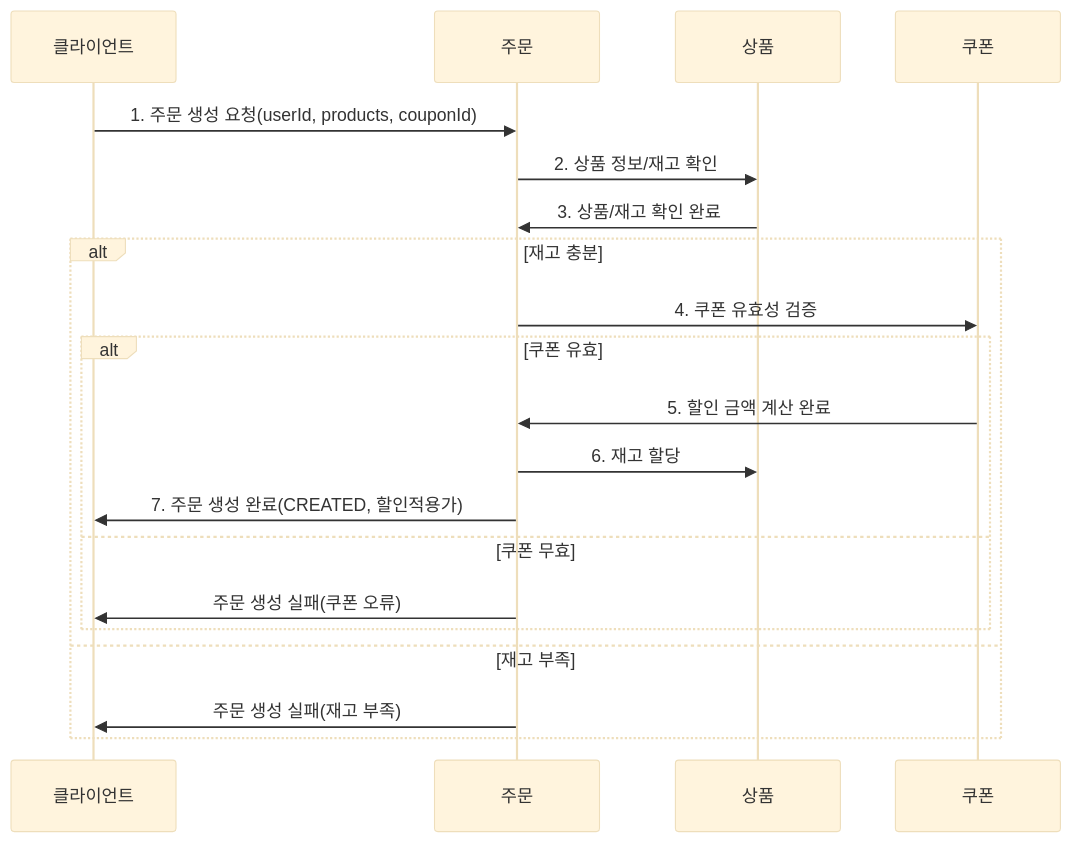
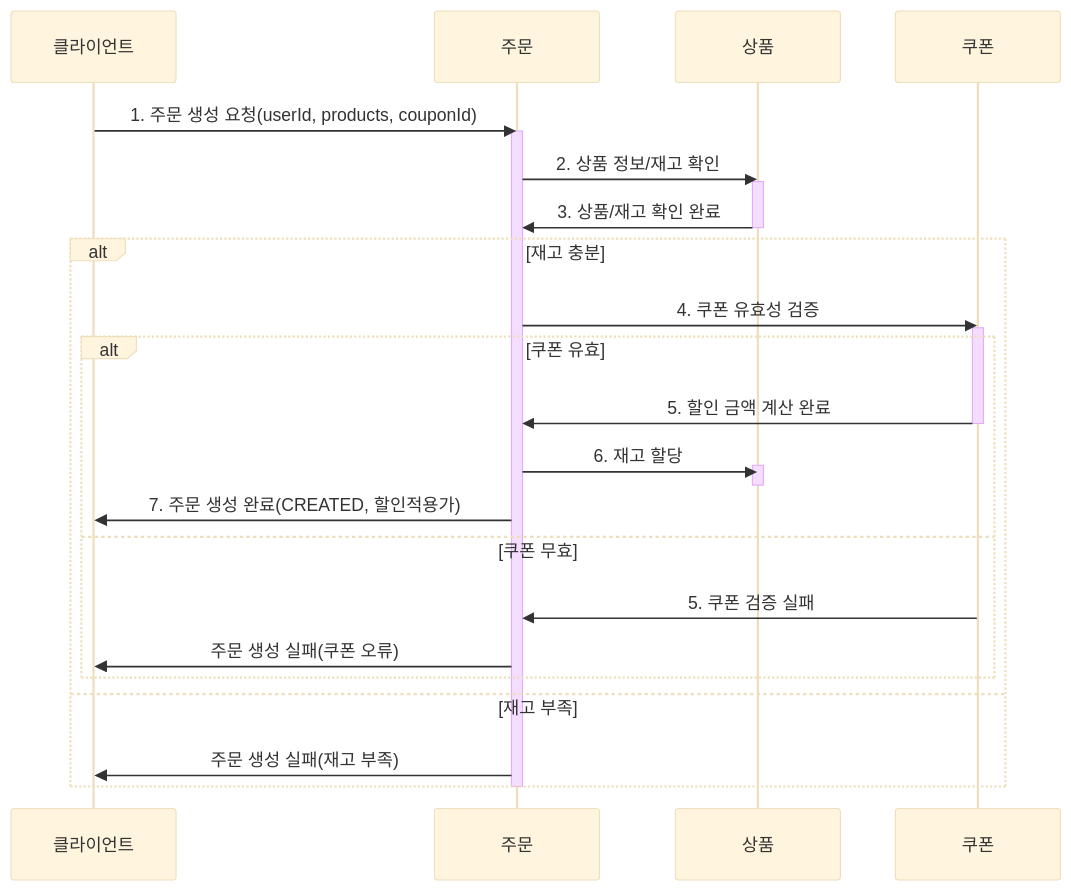
The fifth of 9 diagrams in README.md (ynyejn/e-commerce), drawn with Mermaid (base theme) before and after one commit. The commit also changed other lines of this file and 9 other files, not shown here.

````diff
--- a/README.md
+++ b/README.md
@@ -103,24 +114,34 @@
 ```mermaid
 sequenceDiagram
     participant Customer as 클라이언트
     participant OrderSystem as 주문
     participant ProductSystem as 상품
     participant CouponSystem as 쿠폰
-    
+
     Customer->>OrderSystem: 1. 주문 생성 요청(userId, products, couponId)
+    activate OrderSystem
+
     OrderSystem->>ProductSystem: 2. 상품 정보/재고 확인
+    activate ProductSystem
     ProductSystem->>OrderSystem: 3. 상품/재고 확인 완료
-    
+    deactivate ProductSystem
+
     alt 재고 충분
         OrderSystem->>CouponSystem: 4. 쿠폰 유효성 검증
+        activate CouponSystem
         alt 쿠폰 유효
             CouponSystem->>OrderSystem: 5. 할인 금액 계산 완료
+            deactivate CouponSystem
             OrderSystem->>ProductSystem: 6. 재고 할당
+            activate ProductSystem
+            deactivate ProductSystem
             OrderSystem->>Customer: 7. 주문 생성 완료(CREATED, 할인적용가)
         else 쿠폰 무효
+            CouponSystem->>OrderSystem: 5. 쿠폰 검증 실패
             OrderSystem->>Customer: 주문 생성 실패(쿠폰 오류)
         end
     else 재고 부족
         OrderSystem->>Customer: 주문 생성 실패(재고 부족)
     end
+    deactivate OrderSystem
 ```
````
